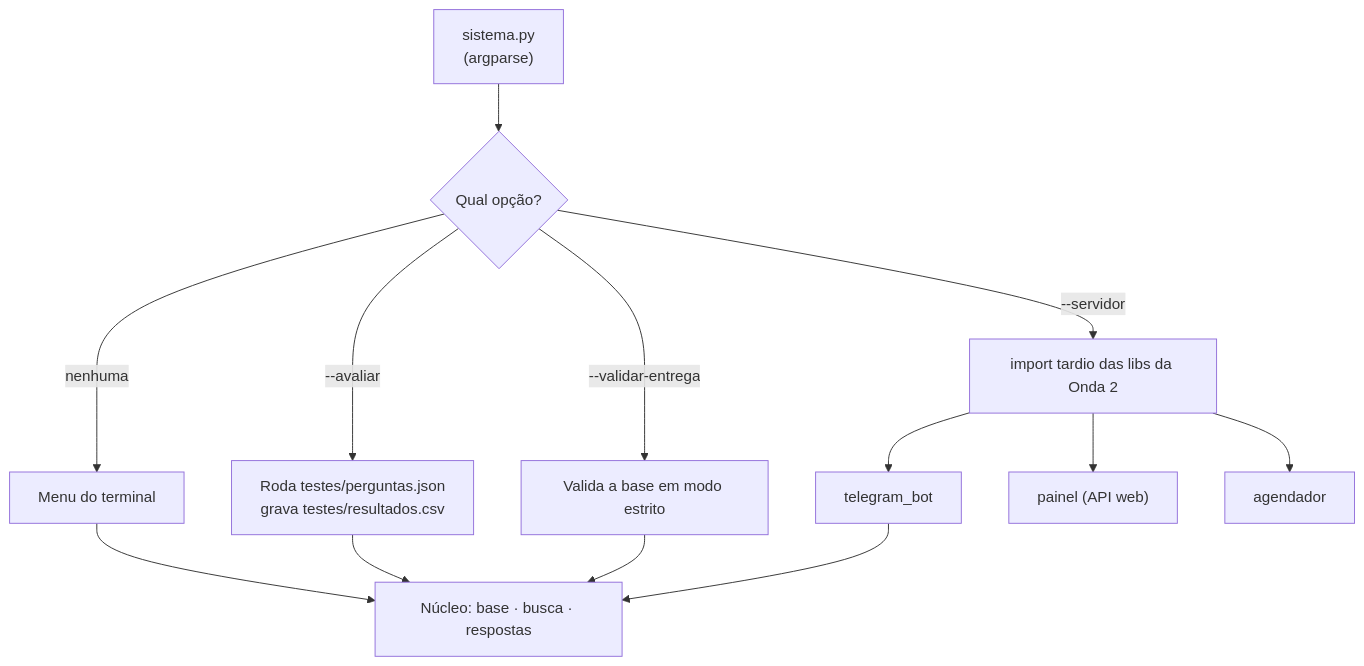
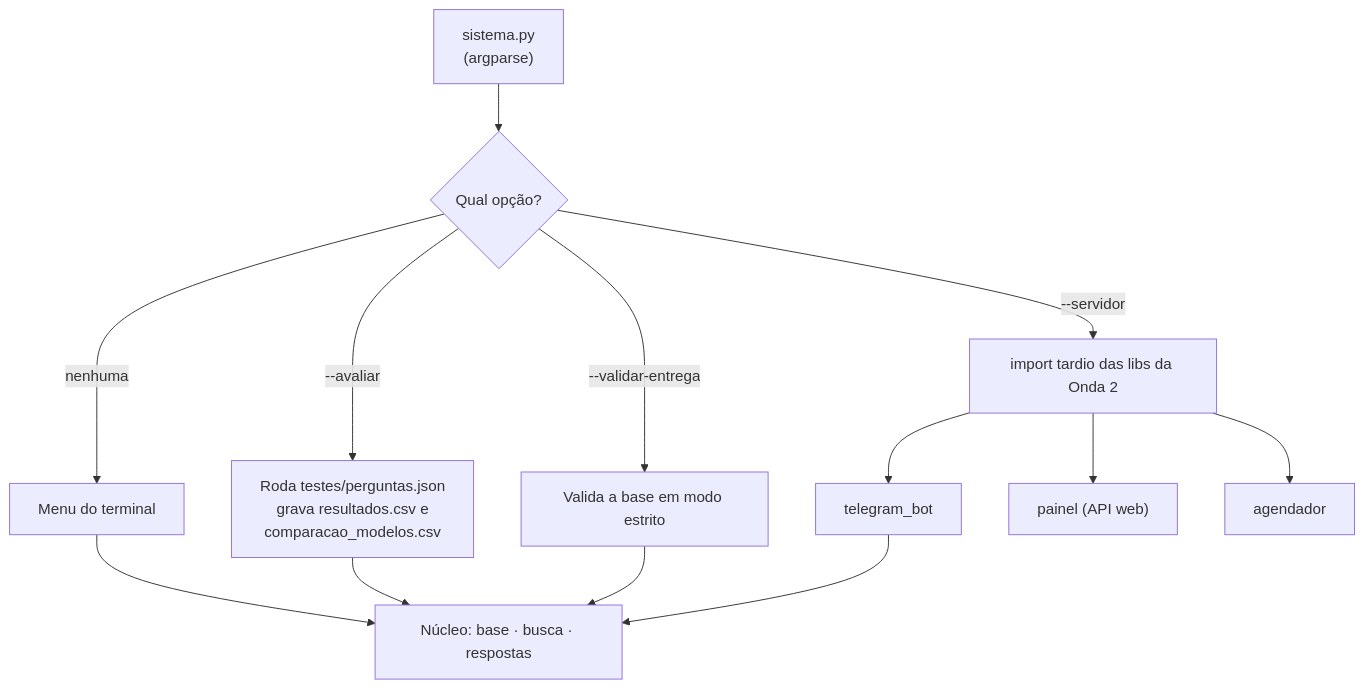
Before and after one commit to JFrois/GlobalSolution_CitizenTech: the second of 15 diagrams in docs/arquitetura.md, drawn with Mermaid. The commit also changed other lines of this file and 5 other files, not shown here.

````diff
--- a/docs/arquitetura.md
+++ b/docs/arquitetura.md
@@ -67,13 +67,13 @@
 ```mermaid
 flowchart TD
     Inicio["sistema.py<br/>(argparse)"] --> Q{Qual opção?}
     Q -->|nenhuma| T["Menu do terminal"]
-    Q -->|--avaliar| AV["Roda testes/perguntas.json<br/>grava testes/resultados.csv"]
+    Q -->|--avaliar| AV["Roda testes/perguntas.json<br/>grava resultados.csv e<br/>comparacao_modelos.csv"]
     Q -->|--validar-entrega| VE["Valida a base em modo estrito"]
     Q -->|--servidor| IMP["import tardio das libs da Onda 2"]
     IMP --> S1["telegram_bot"]
     IMP --> S2["painel (API web)"]
     IMP --> S3["agendador"]
     T & AV & VE --> NUC["Núcleo: base · busca · respostas"]
     S1 --> NUC
 ```
````
